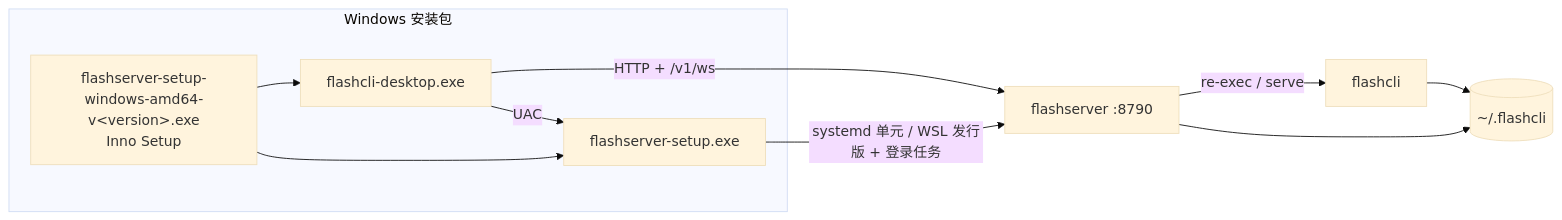
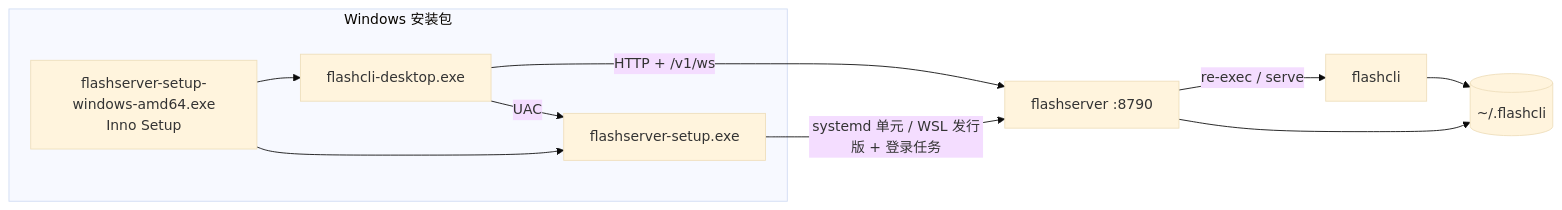
The first of 2 diagrams in docs/architecture.zh-CN.md (aodianyun/flashcli), drawn with Mermaid (base theme) before and after one commit. The commit also changed 16 other files, not shown here.

````diff
--- a/docs/architecture.zh-CN.md
+++ b/docs/architecture.zh-CN.md
@@ -87,13 +87,13 @@
 ```mermaid
 flowchart LR
   subgraph WIN[Windows 安装包]
-    ISS["flashserver-setup-windows-amd64-v&lt;version&gt;.exe<br/>Inno Setup"] --> CLIENT[flashcli-desktop.exe]
+    ISS["flashserver-setup-windows-amd64.exe<br/>Inno Setup"] --> CLIENT[flashcli-desktop.exe]
     ISS --> SETUP[flashserver-setup.exe]
   end
   CLIENT -- "HTTP + /v1/ws" --> SRV["flashserver :8790"]
   CLIENT -- UAC --> SETUP
   SETUP -- "systemd 单元 / WSL 发行版 + 登录任务" --> SRV
   SRV -- "re-exec / serve" --> CLI[flashcli]
   CLI --> HOST[(~/.flashcli)]
   SRV --> HOST
 ```
````
